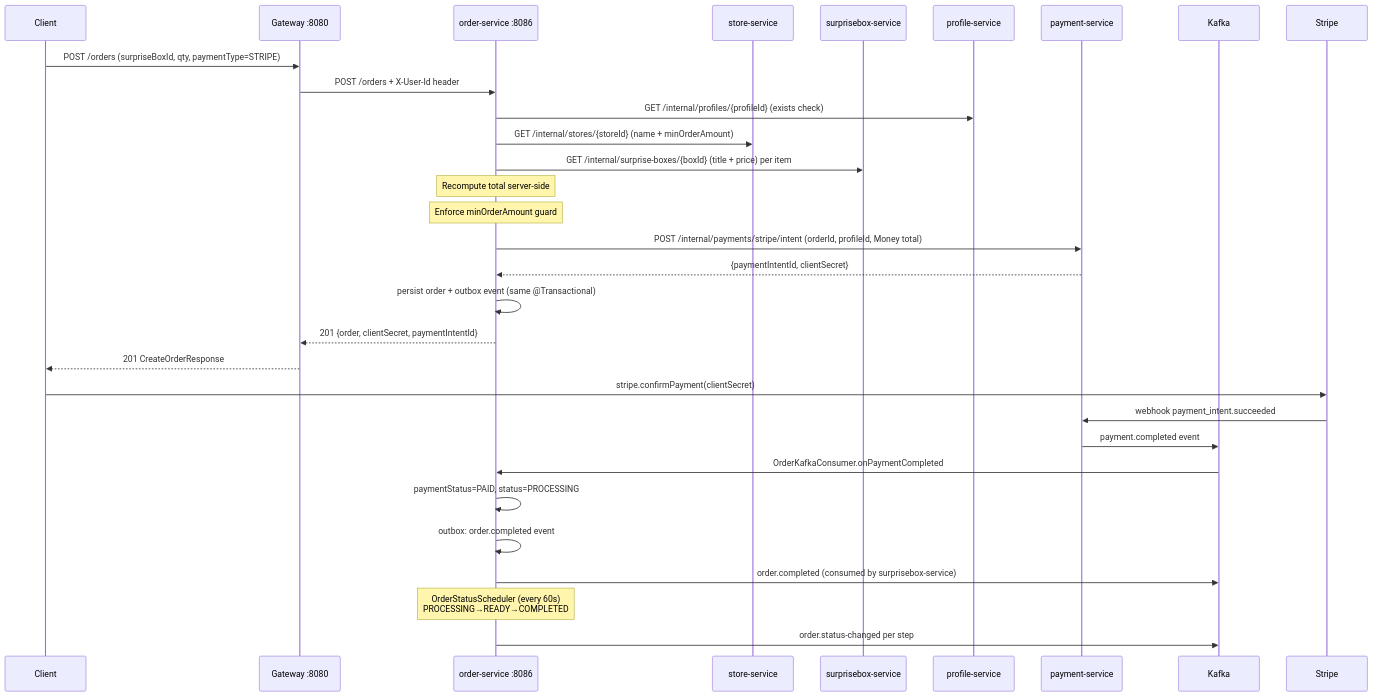
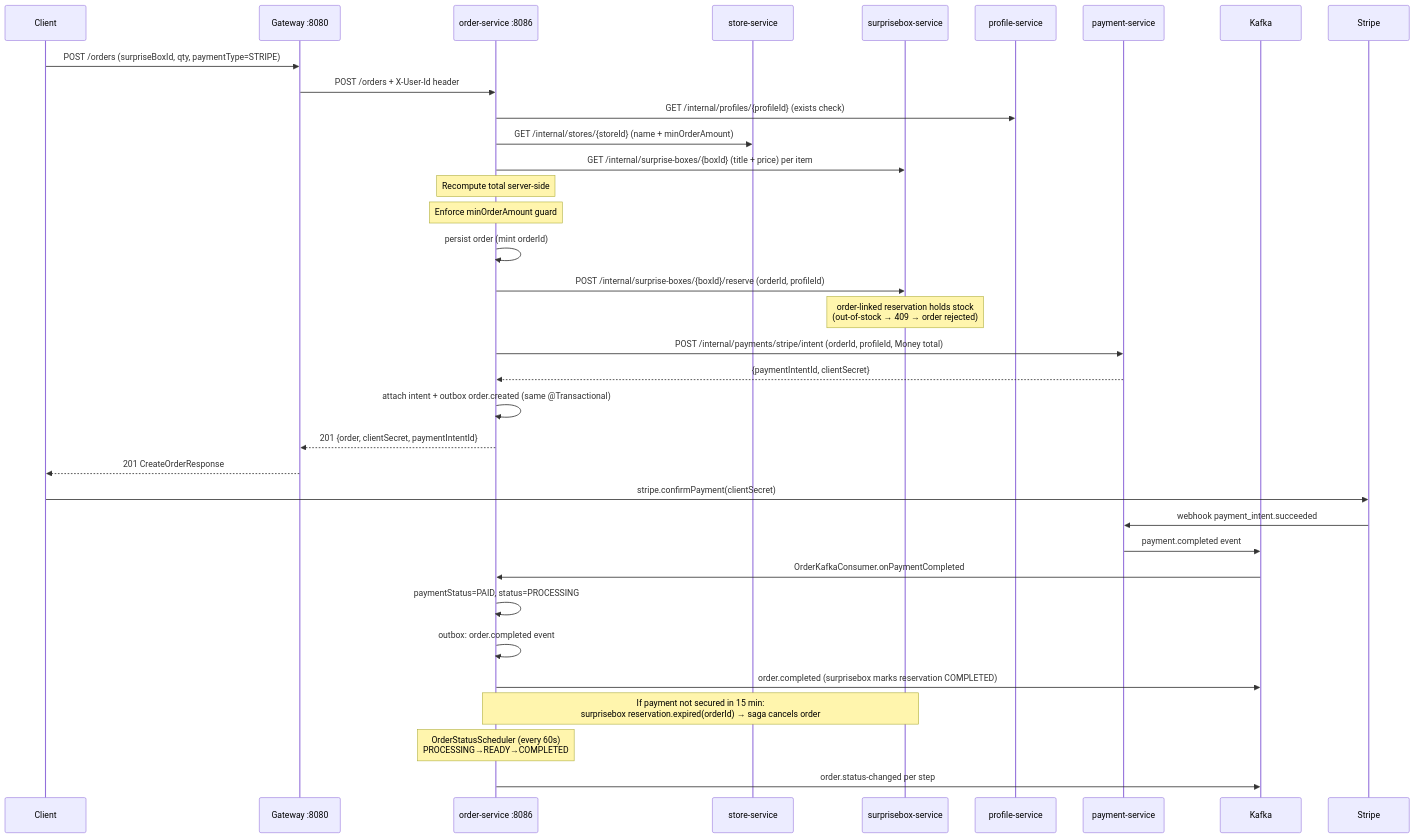
Before and after one commit to tapok332/fw-order-service: the diagram in README.md, drawn with Mermaid. The commit also changed other lines of this file and 10 other files, not shown here.

First line of the commit message:
feat(order): reserve surprise boxes on placement and cancel on expiry

````diff
--- a/README.md
+++ b/README.md
@@ -123,40 +127,45 @@
 ```mermaid
 sequenceDiagram
     participant Client
     participant Gateway as Gateway :8080
     participant OS as order-service :8086
     participant SS as store-service
     participant PBS as surprisebox-service
     participant PS as profile-service
     participant PAY as payment-service
     participant Kafka
 
     Client->>Gateway: POST /orders (surpriseBoxId, qty, paymentType=STRIPE)
     Gateway->>OS: POST /orders + X-User-Id header
 
     OS->>PS: GET /internal/profiles/{profileId} (exists check)
     OS->>SS: GET /internal/stores/{storeId} (name + minOrderAmount)
     OS->>PBS: GET /internal/surprise-boxes/{boxId} (title + price) per item
 
     Note over OS: Recompute total server-side
     Note over OS: Enforce minOrderAmount guard
 
+    OS->>OS: persist order (mint orderId)
+    OS->>PBS: POST /internal/surprise-boxes/{boxId}/reserve (orderId, profileId)
+    Note over PBS: order-linked reservation holds stock<br/>(out-of-stock → 409 → order rejected)
     OS->>PAY: POST /internal/payments/stripe/intent (orderId, profileId, Money total)
     PAY-->>OS: {paymentIntentId, clientSecret}
 
-    OS->>OS: persist order + outbox event (same @Transactional)
+    OS->>OS: attach intent + outbox order.created (same @Transactional)
     OS-->>Gateway: 201 {order, clientSecret, paymentIntentId}
     Gateway-->>Client: 201 CreateOrderResponse
 
     Client->>Stripe: stripe.confirmPayment(clientSecret)
 
     Stripe->>PAY: webhook payment_intent.succeeded
     PAY->>Kafka: payment.completed event
     Kafka->>OS: OrderKafkaConsumer.onPaymentCompleted
     OS->>OS: paymentStatus=PAID, status=PROCESSING
     OS->>OS: outbox: order.completed event
-    OS->>Kafka: order.completed (consumed by surprisebox-service)
+    OS->>Kafka: order.completed (surprisebox marks reservation COMPLETED)
+
+    Note over OS,PBS: If payment not secured in 15 min:<br/>surprisebox reservation.expired(orderId) → saga cancels order
 
     Note over OS: OrderStatusScheduler (every 60s)<br/>PROCESSING→READY→COMPLETED
     OS->>Kafka: order.status-changed per step
 ```
````
